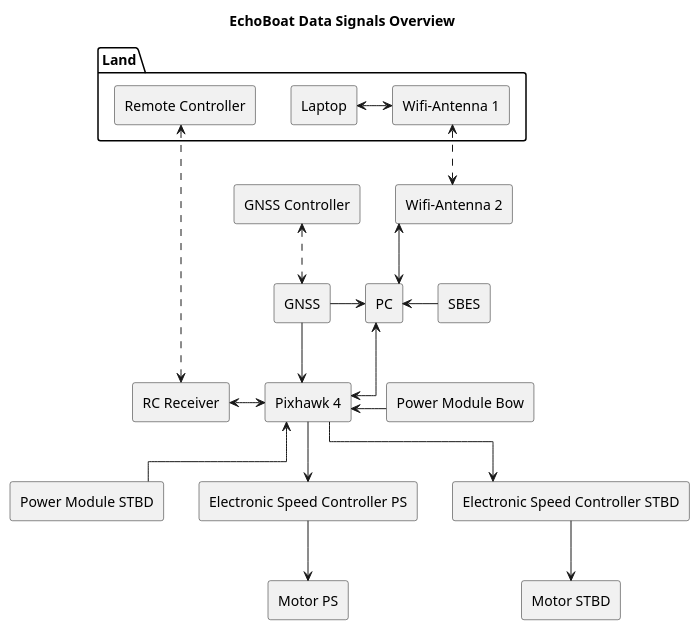
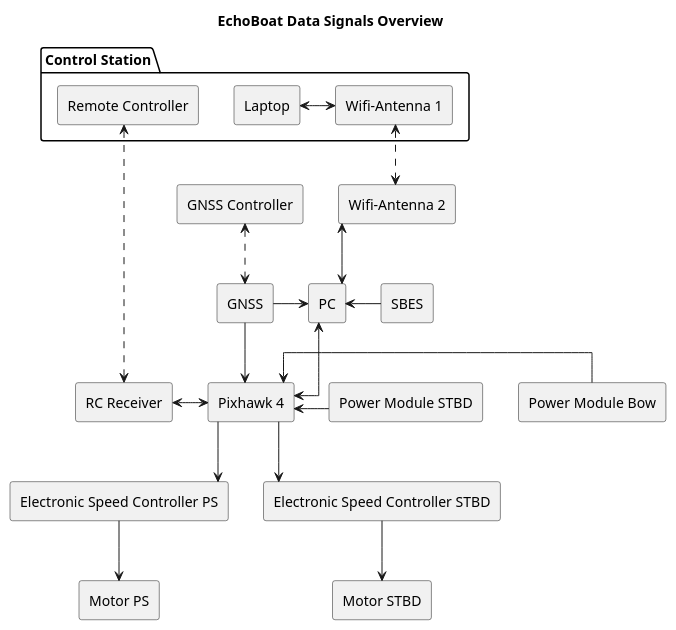
One commit to MalteBiermann/EchoBoat changed the diagram in electrical_plans/overview/overview data.plantuml. Above: the diagram before and after it, drawn with PlantUML. The commit also changed 3 other files, not shown here.

```diff
--- a/electrical_plans/overview/overview data.plantuml
+++ b/electrical_plans/overview/overview data.plantuml
@@ -1,69 +1,69 @@
 @startuml
 title "EchoBoat Data Signals Overview"
 skinparam componentStyle rectangle
 skinparam linetype ortho
 
 component "Pixhawk 4" as PH
 component "PC"
 component "SBES"
 component "GNSS"
 component "GNSS Controller" as GNSSC
 ' component "IMU"
 ' component "LIDAR"
 ' component "GNSS 2" as GNSS2
+together {
 component "Power Module STBD" as PMstbd
 component "Power Module Bow" as PMbow
+}
 ' component "Battery PS"
 ' component "Battery STBD"
 ' component "Battery Bow"
 component "Electronic Speed Controller PS" as ESCps
 component "Electronic Speed Controller STBD" as ESCstbd
 component "Motor PS"
 component "Motor STBD"
 component "RC Receiver" as RCtrans
 
-package "Land"{
+package "Control Station"{
     component "Remote Controller" as RC
     component "Laptop"
     component "Wifi-Antenna 1" as Wifi1
 }
 component "Wifi-Antenna 2" as Wifi2
 
 RCtrans <-> PH
 RC <..down..> RCtrans
 
 Wifi1 <-left-> [Laptop]
 Wifi1 <..> Wifi2
 Wifi2 <-down-> PC
 
-PH <-right- PMbow
+PMbow -left-> PH 
 
-' [Battery Bow] -> PMbow
-PH <-down- PMstbd
-' [Battery STBD] -up-> PMstbd
+
+PMstbd -left-> PH
+
 
 PH <-up-> [PC]
 
 [SBES] -left-> [PC]
-' [PMbow] -up-> [SBES]
-' [PMbow] -up-> [PC]
 
 ' IMU -down-> [PC]
 ' GNSS2 -d-> LIDAR
 ' LIDAR --> PC
 
 [GNSS] -> PH
 [GNSS] -> [PC]
 [GNSS] <.up.> GNSSC
 
 PH -down-> ESCps
 PH -down-> ESCstbd
 
 ' [Battery PS] -up-> ESCps
 ' [PMstbd] -right-> ESCstbd
 
 ESCps -down-> [Motor PS]
 ESCstbd -down-> [Motor STBD]
 
 ' hide @unlinked
 @enduml
```
